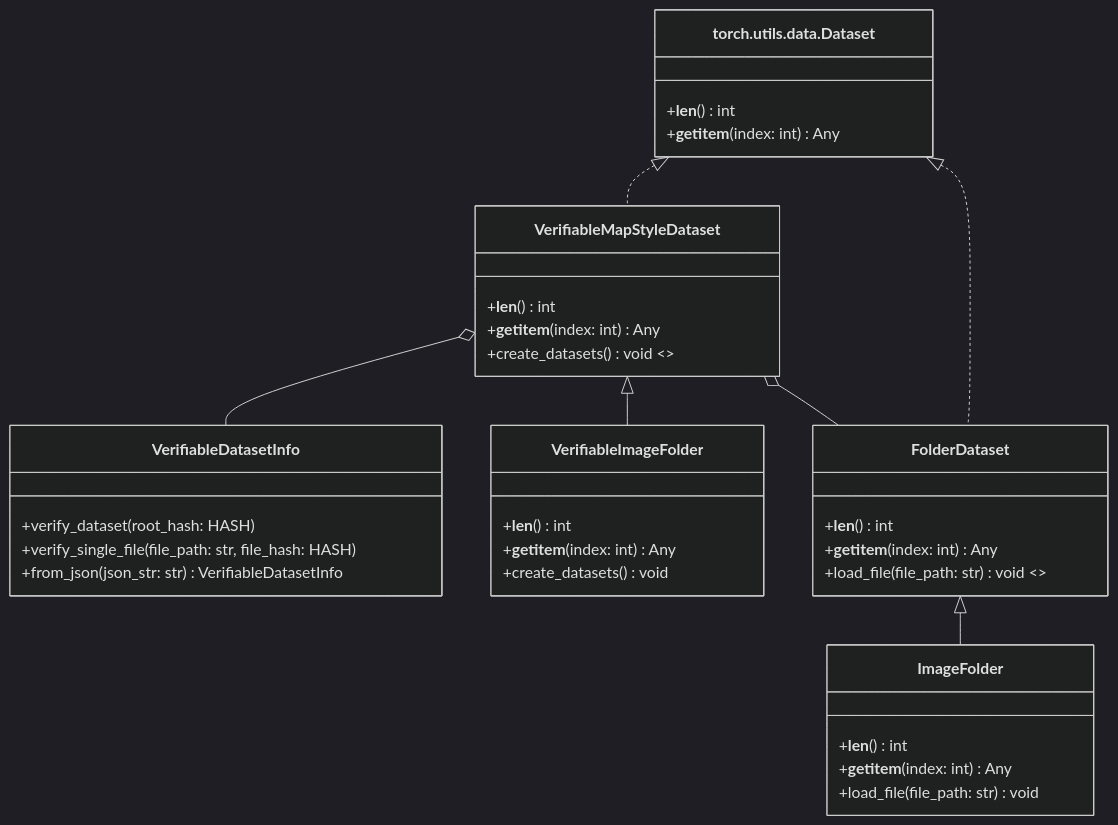
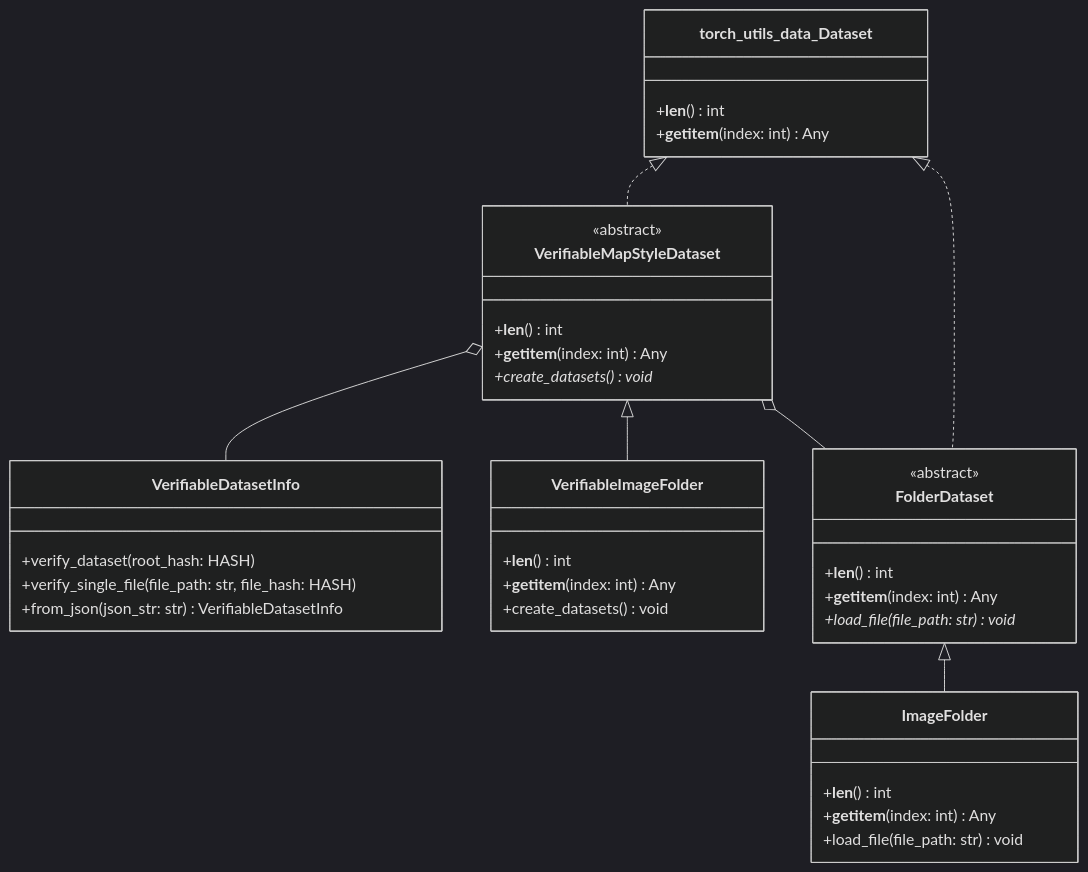
The diagram in docs/mermaid/verifiable_image_folder.mmd (securefederatedai/openfl), drawn with Mermaid (dark theme) before and after one commit. The commit also changed 1 other file, not shown here.

Commit message:
Mermaid syntax fixes

```diff
--- a/docs/mermaid/verifiable_image_folder.mmd
+++ b/docs/mermaid/verifiable_image_folder.mmd
@@ -1,45 +1,47 @@
 %% Copyright 2025 Intel Corporation
 %% SPDX-License-Identifier: Apache-2.0
 
 classDiagram
-    class torch.utils.data.Dataset {
+    class torch_utils_data_Dataset {
         +__len__() int
         +__getitem__(index: int) Any
     }
 
     class VerifiableDatasetInfo {
         +verify_dataset(root_hash: HASH)
         +verify_single_file(file_path: str, file_hash: HASH)
         +from_json(json_str: str) VerifiableDatasetInfo
     }
 
     class VerifiableMapStyleDataset {
+        <<abstract>>
         +__len__() int
         +__getitem__(index: int) Any
-        +create_datasets() void <<abstract>>
+        +create_datasets() void*
     }
 
     class VerifiableImageFolder {
         +__len__() int
         +__getitem__(index: int) Any
         +create_datasets() void
     }
 
     class FolderDataset {
+        <<abstract>>
         +__len__() int
         +__getitem__(index: int) Any
-        +load_file(file_path: str) void <<abstract>>
+        +load_file(file_path: str) void*
     }
 
     class ImageFolder {
         +__len__() int
         +__getitem__(index: int) Any
         +load_file(file_path: str) void
     }
 
-    torch.utils.data.Dataset <|.. VerifiableMapStyleDataset
-    torch.utils.data.Dataset <|.. FolderDataset
+    torch_utils_data_Dataset <|.. VerifiableMapStyleDataset
+    torch_utils_data_Dataset <|.. FolderDataset
     VerifiableMapStyleDataset o-- VerifiableDatasetInfo
     VerifiableMapStyleDataset <|-- VerifiableImageFolder
     VerifiableMapStyleDataset o-- FolderDataset
     FolderDataset <|-- ImageFolder
```
